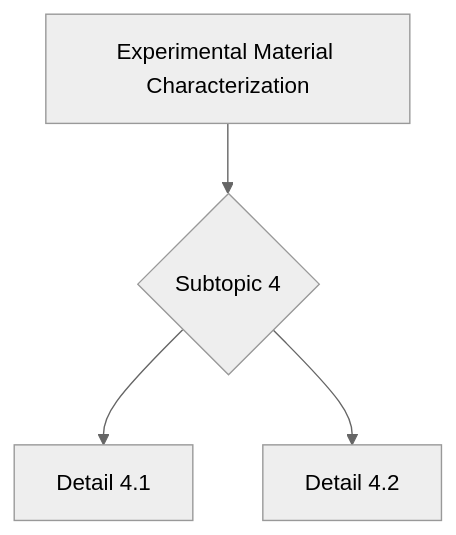
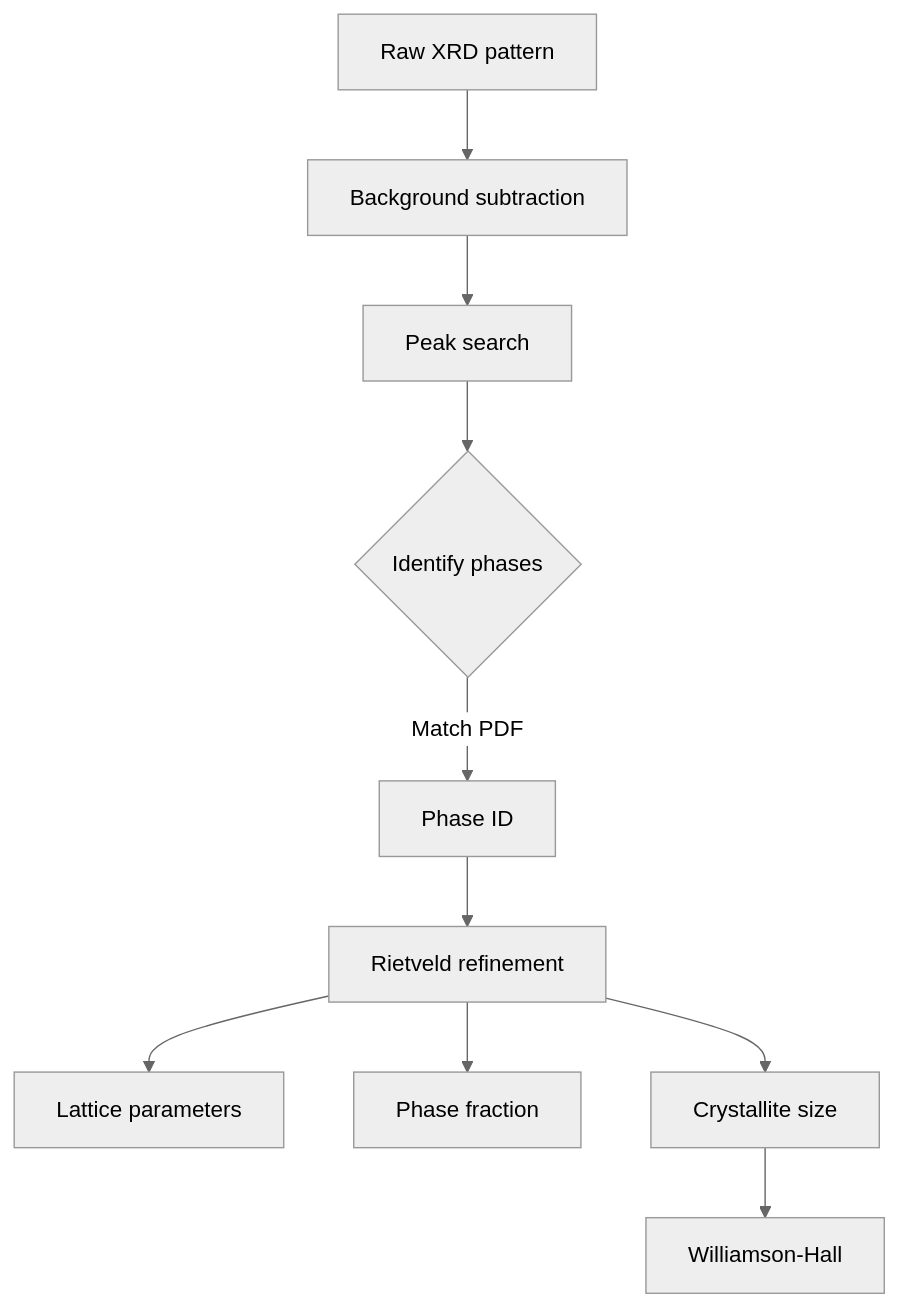
The seventh of 10 diagrams in 03_MSc_Physics/advanced_materials_concentration/MSPY_5220_Experimental_Material_Char/README.md (yip-lgtm/PhysicsSelfStudy), drawn with Mermaid (neutral theme) before and after one commit. The commit also changed other lines of this file and 21 other files, not shown here.

````diff
--- a/03_MSc_Physics/advanced_materials_concentration/MSPY_5220_Experimental_Material_Char/README.md
+++ b/03_MSc_Physics/advanced_materials_concentration/MSPY_5220_Experimental_Material_Char/README.md
@@ -283,6 +574,12 @@
 ```mermaid
 graph TD
-    A[Experimental Material Characterization] --> B{Subtopic 4}
-    B --> C[Detail 4.1]
-    B --> D[Detail 4.2]
+    A[Raw XRD pattern] --> B[Background subtraction]
+    B --> C[Peak search]
+    C --> D{Identify phases}
+    D -->|Match PDF| E[Phase ID]
+    E --> F[Rietveld refinement]
+    F --> G[Lattice parameters]
+    F --> H[Phase fraction]
+    F --> I[Crystallite size]
+    I --> J[Williamson-Hall]
 ```
````
